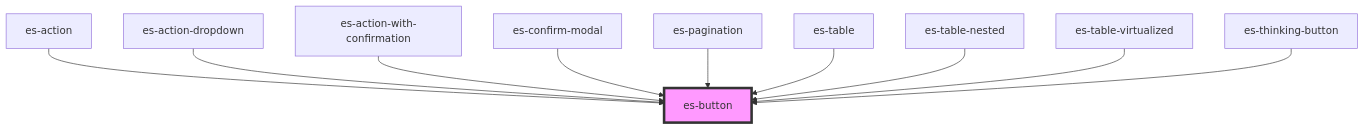
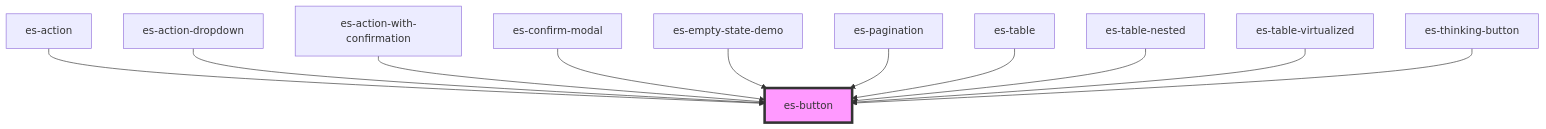
One commit to EventStore/Design-System changed the diagram in packages/components/src/components/buttons/es-button/readme.md. Above: the diagram before and after it, drawn with Mermaid. The commit also changed other lines of this file and 9 other files, not shown here.

````diff
--- a/packages/components/src/components/buttons/es-button/readme.md
+++ b/packages/components/src/components/buttons/es-button/readme.md
@@ -117,13 +118,14 @@
 ```mermaid
 graph TD;
   es-action --> es-button
   es-action-dropdown --> es-button
   es-action-with-confirmation --> es-button
   es-confirm-modal --> es-button
+  es-empty-state-demo --> es-button
   es-pagination --> es-button
   es-table --> es-button
   es-table-nested --> es-button
   es-table-virtualized --> es-button
   es-thinking-button --> es-button
   style es-button fill:#f9f,stroke:#333,stroke-width:4px
 ```
````
